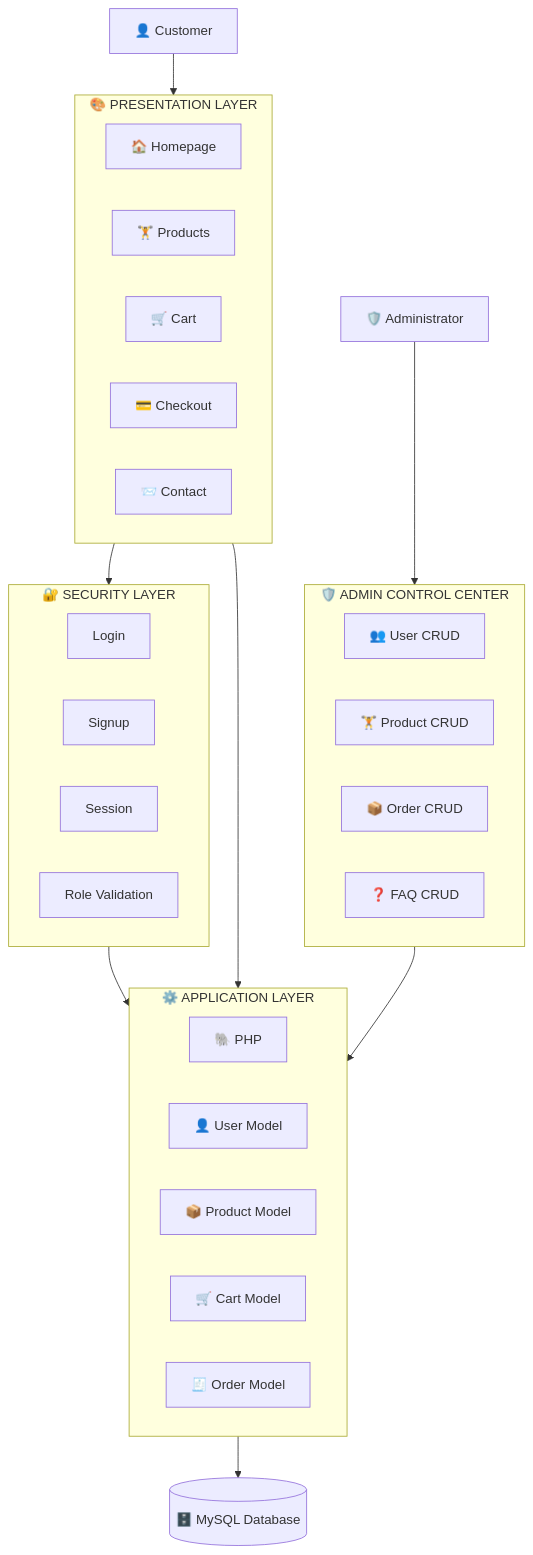
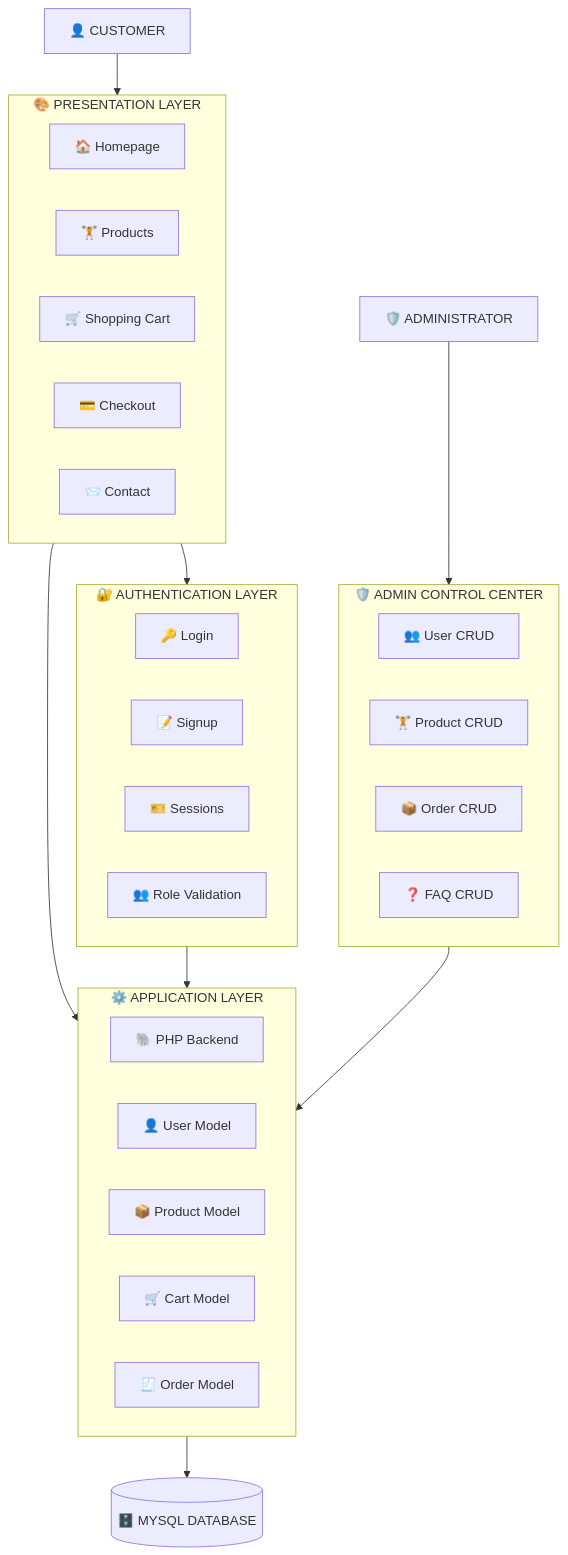
One commit to Ahamed369/HealthForge-Fitness-Web-Application changed the first of 10 diagrams in README.md. Above: the diagram before and after it, drawn with Mermaid. The commit also changed other lines of this file, not shown here.

````diff
--- a/README.md
+++ b/README.md
@@ -137,47 +262,48 @@
 ```mermaid
 flowchart TB
 
-    USER["👤 Customer"]
-    ADMIN["🛡️ Administrator"]
+    USER["👤 CUSTOMER"]
+    ADMIN["🛡️ ADMINISTRATOR"]
 
-    subgraph UI["🎨 PRESENTATION LAYER"]
+    subgraph FRONTEND["🎨 PRESENTATION LAYER"]
         HOME["🏠 Homepage"]
-        PRODUCTS["🏋️ Products"]
-        CART["🛒 Cart"]
-        CHECKOUT["💳 Checkout"]
+        PRODUCTUI["🏋️ Products"]
+        CARTUI["🛒 Shopping Cart"]
+        CHECKOUTUI["💳 Checkout"]
         CONTACT["📨 Contact"]
     end
 
-    subgraph AUTH["🔐 SECURITY LAYER"]
-        LOGIN["Login"]
-        SIGNUP["Signup"]
-        SESSION["Session"]
-        ROLE["Role Validation"]
+    subgraph SECURITY["🔐 AUTHENTICATION LAYER"]
+        LOGIN["🔑 Login"]
+        SIGNUP["📝 Signup"]
+        SESSION["🎫 Sessions"]
+        ROLE["👥 Role Validation"]
     end
 
-    subgraph APP["⚙️ APPLICATION LAYER"]
-        PHP["🐘 PHP"]
-        UM["👤 User Model"]
-        PM["📦 Product Model"]
-        CM["🛒 Cart Model"]
-        OM["🧾 Order Model"]
+    subgraph BACKEND["⚙️ APPLICATION LAYER"]
+        PHP["🐘 PHP Backend"]
+        USERMODEL["👤 User Model"]
+        PRODUCTMODEL["📦 Product Model"]
+        CARTMODEL["🛒 Cart Model"]
+        ORDERMODEL["🧾 Order Model"]
     end
 
-    subgraph CONTROL["🛡️ ADMIN CONTROL CENTER"]
-        USERS["👥 User CRUD"]
-        PROD["🏋️ Product CRUD"]
-        ORDERS["📦 Order CRUD"]
-        FAQ["❓ FAQ CRUD"]
+    subgraph ADMINCENTER["🛡️ ADMIN CONTROL CENTER"]
+        USERCRUD["👥 User CRUD"]
+        PRODUCTCRUD["🏋️ Product CRUD"]
+        ORDERCRUD["📦 Order CRUD"]
+        FAQCRUD["❓ FAQ CRUD"]
     end
 
-    DB[("🗄️ MySQL Database")]
+    MYSQL[("🗄️ MYSQL DATABASE")]
 
-    USER --> UI
-    ADMIN --> CONTROL
+    USER --> FRONTEND
+    ADMIN --> ADMINCENTER
 
-    UI --> AUTH
-    AUTH --> APP
-    UI --> APP
-    CONTROL --> APP
-    APP --> DB
+    FRONTEND --> SECURITY
+    FRONTEND --> BACKEND
+    SECURITY --> BACKEND
+    ADMINCENTER --> BACKEND
+
+    BACKEND --> MYSQL
 ```
````
